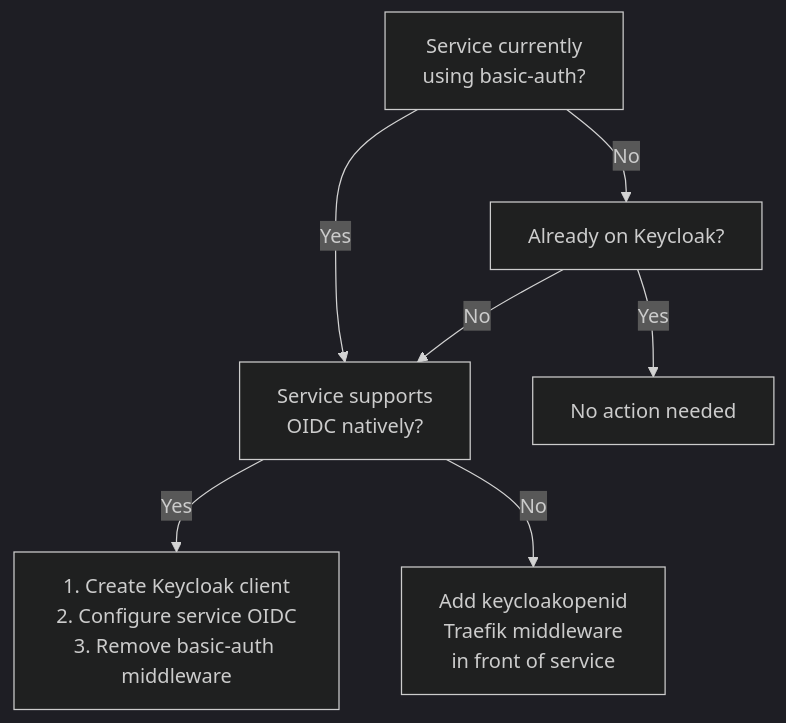
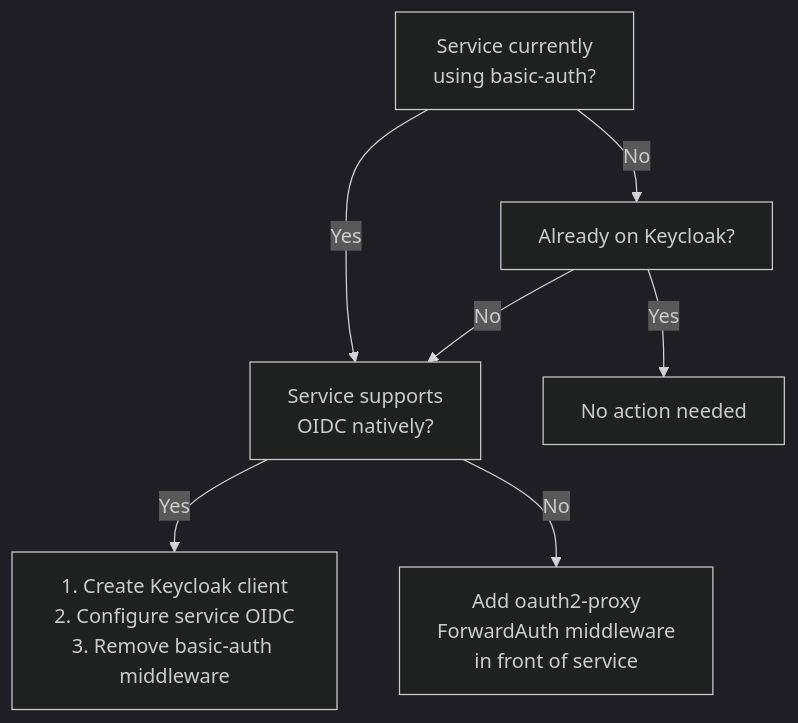
Before and after one commit to derhornspieler/harvester-rke2-platform: diagram 11 of 11 in docs/engineering/security-architecture.md, drawn with Mermaid (dark theme). The commit also changed other lines of this file and 38 other files, not shown here.

````diff
--- a/docs/engineering/security-architecture.md
+++ b/docs/engineering/security-architecture.md
@@ -948,16 +955,16 @@
 ```mermaid
 flowchart TD
     Current["Service currently<br/>using basic-auth?"]
     HasOIDC["Service supports<br/>OIDC natively?"]
     MigrateOIDC["1. Create Keycloak client<br/>2. Configure service OIDC<br/>3. Remove basic-auth middleware"]
-    NeedProxy["Add keycloakopenid<br/>Traefik middleware<br/>in front of service"]
+    NeedProxy["Add oauth2-proxy<br/>ForwardAuth middleware<br/>in front of service"]
     AlreadySSO["Already on Keycloak?"]
     Done["No action needed"]
 
     Current -->|Yes| HasOIDC
     Current -->|No| AlreadySSO
     AlreadySSO -->|Yes| Done
     AlreadySSO -->|No| HasOIDC
     HasOIDC -->|Yes| MigrateOIDC
     HasOIDC -->|No| NeedProxy
 ```
````
